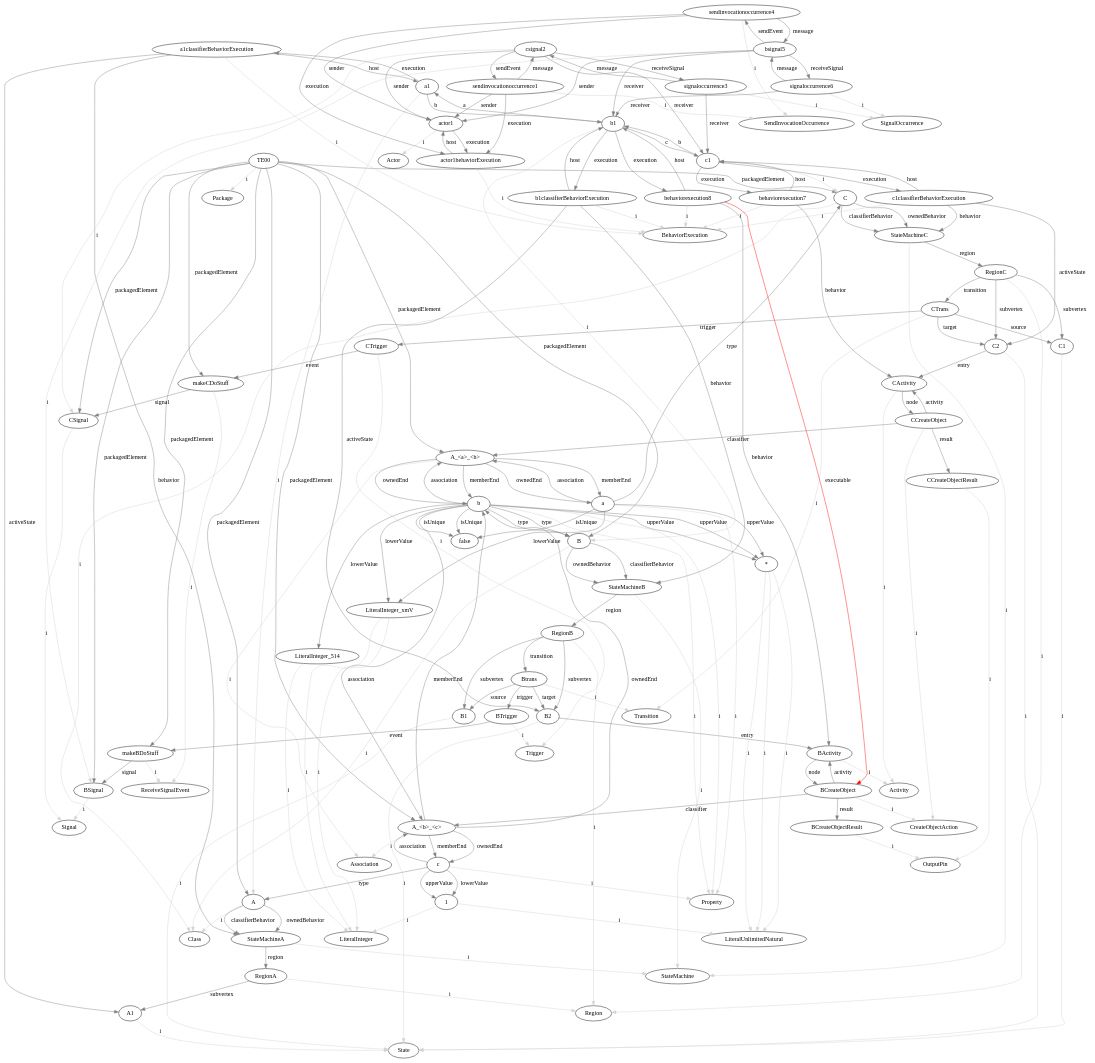
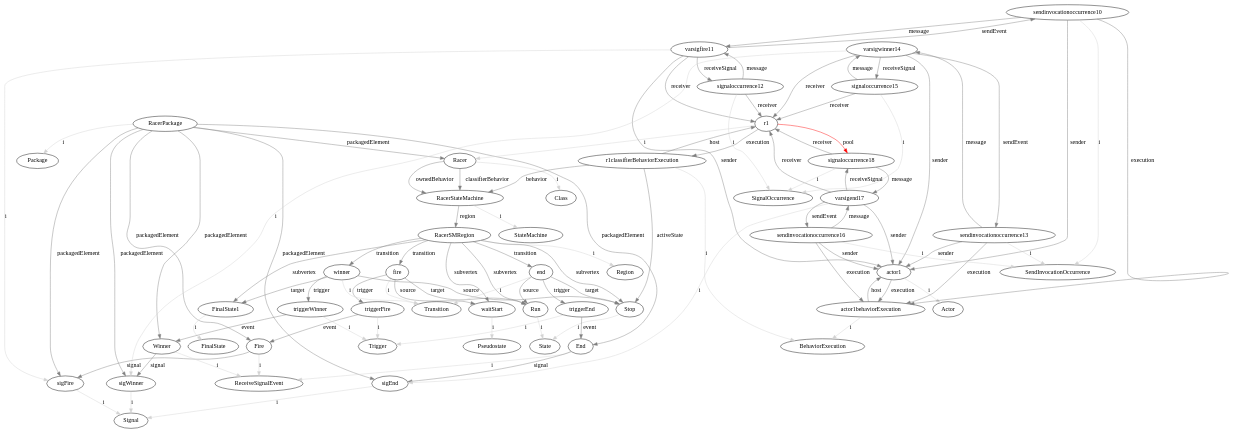
The diagram in GraphOutputs/state6.dot (luisneiva/graf-framework), drawn with Graphviz before and after one commit. The commit also changed 13 other files, not shown here.

```diff
--- a/GraphOutputs/state6.dot
+++ b/GraphOutputs/state6.dot
@@ -1,176 +1,101 @@
 digraph umlMetamodel {
-	"TE00" -> "Package" [label="i", color="lightgrey"]
-	"TE00" -> "C" [label="packagedElement", color="grey"]
-	"C" -> "Class" [label="i", color="lightgrey"]
-	"C" -> "StateMachineC" [label="classifierBehavior", color="grey"]
-	"C" -> "StateMachineC" [label="ownedBehavior", color="grey"]
-	"StateMachineC" -> "StateMachine" [label="i", color="lightgrey"]
-	"StateMachineC" -> "RegionC" [label="region", color="grey"]
-	"RegionC" -> "Region" [label="i", color="lightgrey"]
-	"RegionC" -> "C1" [label="subvertex", color="grey"]
-	"C1" -> "State" [label="i", color="lightgrey"]
-	"RegionC" -> "C2" [label="subvertex", color="grey"]
-	"C2" -> "State" [label="i", color="lightgrey"]
-	"C2" -> "CActivity" [label="entry", color="grey"]
-	"CActivity" -> "Activity" [label="i", color="lightgrey"]
-	"CActivity" -> "CCreateObject" [label="node", color="grey"]
-	"CCreateObject" -> "CActivity" [label="activity", color="grey"]
-	"CCreateObject" -> "CreateObjectAction" [label="i", color="lightgrey"]
-	"CCreateObject" -> "A_<a>_<b>" [label="classifier", color="grey"]
-	"CCreateObject" -> "CCreateObjectResult" [label="result", color="grey"]
-	"CCreateObjectResult" -> "OutputPin" [label="i", color="lightgrey"]
-	"RegionC" -> "CTrans" [label="transition", color="grey"]
-	"CTrans" -> "Transition" [label="i", color="lightgrey"]
-	"CTrans" -> "C1" [label="source", color="grey"]
-	"CTrans" -> "C2" [label="target", color="grey"]
-	"CTrans" -> "CTrigger" [label="trigger", color="grey"]
-	"CTrigger" -> "Trigger" [label="i", color="lightgrey"]
-	"CTrigger" -> "makeCDoStuff" [label="event", color="grey"]
-	"TE00" -> "B" [label="packagedElement", color="grey"]
-	"B" -> "Class" [label="i", color="lightgrey"]
-	"B" -> "StateMachineB" [label="classifierBehavior", color="grey"]
-	"B" -> "StateMachineB" [label="ownedBehavior", color="grey"]
-	"StateMachineB" -> "StateMachine" [label="i", color="lightgrey"]
-	"StateMachineB" -> "RegionB" [label="region", color="grey"]
-	"RegionB" -> "Region" [label="i", color="lightgrey"]
-	"RegionB" -> "B1" [label="subvertex", color="grey"]
-	"B1" -> "State" [label="i", color="lightgrey"]
-	"RegionB" -> "B2" [label="subvertex", color="grey"]
-	"B2" -> "State" [label="i", color="lightgrey"]
-	"B2" -> "BActivity" [label="entry", color="grey"]
-	"BActivity" -> "Activity" [label="i", color="lightgrey"]
-	"BActivity" -> "BCreateObject" [label="node", color="grey"]
-	"BCreateObject" -> "BActivity" [label="activity", color="grey"]
-	"BCreateObject" -> "CreateObjectAction" [label="i", color="lightgrey"]
-	"BCreateObject" -> "A_<b>_<c>" [label="classifier", color="grey"]
-	"BCreateObject" -> "BCreateObjectResult" [label="result", color="grey"]
-	"BCreateObjectResult" -> "OutputPin" [label="i", color="lightgrey"]
-	"RegionB" -> "Btrans" [label="transition", color="grey"]
-	"Btrans" -> "Transition" [label="i", color="lightgrey"]
-	"Btrans" -> "B1" [label="source", color="grey"]
-	"Btrans" -> "B2" [label="target", color="grey"]
-	"Btrans" -> "BTrigger" [label="trigger", color="grey"]
-	"BTrigger" -> "Trigger" [label="i", color="lightgrey"]
-	"BTrigger" -> "makeBDoStuff" [label="event", color="grey"]
-	"TE00" -> "A" [label="packagedElement", color="grey"]
-	"A" -> "Class" [label="i", color="lightgrey"]
-	"A" -> "StateMachineA" [label="classifierBehavior", color="grey"]
-	"A" -> "StateMachineA" [label="ownedBehavior", color="grey"]
-	"StateMachineA" -> "StateMachine" [label="i", color="lightgrey"]
-	"StateMachineA" -> "RegionA" [label="region", color="grey"]
-	"RegionA" -> "Region" [label="i", color="lightgrey"]
-	"RegionA" -> "A1" [label="subvertex", color="grey"]
-	"A1" -> "State" [label="i", color="lightgrey"]
-	"TE00" -> "A_<a>_<b>" [label="packagedElement", color="grey"]
-	"A_<a>_<b>" -> "Association" [label="i", color="lightgrey"]
-	"A_<a>_<b>" -> "a" [label="memberEnd", color="grey"]
-	"A_<a>_<b>" -> "b" [label="memberEnd", color="grey"]
-	"A_<a>_<b>" -> "a" [label="ownedEnd", color="grey"]
-	"a" -> "Property" [label="i", color="lightgrey"]
-	"a" -> "C" [label="type", color="grey"]
-	"a" -> "false" [label="isUnique", color="grey"]
-	"a" -> "A_<a>_<b>" [label="association", color="grey"]
-	"a" -> "*" [label="upperValue", color="grey"]
-	"*" -> "LiteralUnlimitedNatural" [label="i", color="lightgrey"]
-	"a" -> "LiteralInteger_xmV" [label="lowerValue", color="grey"]
-	"LiteralInteger_xmV" -> "LiteralInteger" [label="i", color="lightgrey"]
-	"A_<a>_<b>" -> "b" [label="ownedEnd", color="grey"]
-	"b" -> "Property" [label="i", color="lightgrey"]
-	"b" -> "B" [label="type", color="grey"]
-	"b" -> "false" [label="isUnique", color="grey"]
-	"b" -> "A_<a>_<b>" [label="association", color="grey"]
-	"b" -> "*" [label="upperValue", color="grey"]
-	"*" -> "LiteralUnlimitedNatural" [label="i", color="lightgrey"]
-	"b" -> "LiteralInteger_xmV" [label="lowerValue", color="grey"]
-	"LiteralInteger_xmV" -> "LiteralInteger" [label="i", color="lightgrey"]
-	"TE00" -> "A_<b>_<c>" [label="packagedElement", color="grey"]
-	"A_<b>_<c>" -> "Association" [label="i", color="lightgrey"]
-	"A_<b>_<c>" -> "b" [label="memberEnd", color="grey"]
-	"A_<b>_<c>" -> "c" [label="memberEnd", color="grey"]
-	"A_<b>_<c>" -> "b" [label="ownedEnd", color="grey"]
-	"b" -> "Property" [label="i", color="lightgrey"]
-	"b" -> "B" [label="type", color="grey"]
-	"b" -> "false" [label="isUnique", color="grey"]
-	"b" -> "A_<b>_<c>" [label="association", color="grey"]
-	"b" -> "*" [label="upperValue", color="grey"]
-	"*" -> "LiteralUnlimitedNatural" [label="i", color="lightgrey"]
-	"b" -> "LiteralInteger_514" [label="lowerValue", color="grey"]
-	"LiteralInteger_514" -> "LiteralInteger" [label="i", color="lightgrey"]
-	"A_<b>_<c>" -> "c" [label="ownedEnd", color="grey"]
-	"c" -> "Property" [label="i", color="lightgrey"]
-	"c" -> "A" [label="type", color="grey"]
-	"c" -> "A_<b>_<c>" [label="association", color="grey"]
-	"c" -> "1" [label="upperValue", color="grey"]
-	"1" -> "LiteralUnlimitedNatural" [label="i", color="lightgrey"]
-	"c" -> "1" [label="lowerValue", color="grey"]
-	"1" -> "LiteralInteger" [label="i", color="lightgrey"]
-	"TE00" -> "BSignal" [label="packagedElement", color="grey"]
-	"BSignal" -> "Signal" [label="i", color="lightgrey"]
-	"TE00" -> "makeBDoStuff" [label="packagedElement", color="grey"]
-	"makeBDoStuff" -> "ReceiveSignalEvent" [label="i", color="lightgrey"]
-	"makeBDoStuff" -> "BSignal" [label="signal", color="grey"]
-	"TE00" -> "CSignal" [label="packagedElement", color="grey"]
-	"CSignal" -> "Signal" [label="i", color="lightgrey"]
-	"TE00" -> "makeCDoStuff" [label="packagedElement", color="grey"]
-	"makeCDoStuff" -> "ReceiveSignalEvent" [label="i", color="lightgrey"]
-	"makeCDoStuff" -> "CSignal" [label="signal", color="grey"]
-	"a1" -> "A" [label="i", color="lightgrey"]
-	"a1classifierBehaviorExecution" -> "BehaviorExecution" [label="i", color="lightgrey"]
-	"a1" -> "a1classifierBehaviorExecution" [label="execution", color="grey"]
-	"a1classifierBehaviorExecution" -> "a1" [label="host", color="grey"]
-	"a1classifierBehaviorExecution" -> "StateMachineA" [label="behavior", color="grey"]
-	"a1classifierBehaviorExecution" -> "A1" [label="activeState", color="grey"]
-	"b1" -> "B" [label="i", color="lightgrey"]
-	"b1" -> "b1classifierBehaviorExecution" [label="execution", color="grey"]
-	"b1classifierBehaviorExecution" -> "b1" [label="host", color="grey"]
-	"b1classifierBehaviorExecution" -> "StateMachineB" [label="behavior", color="grey"]
-	"c1" -> "C" [label="i", color="lightgrey"]
-	"c1" -> "c1classifierBehaviorExecution" [label="execution", color="grey"]
-	"c1classifierBehaviorExecution" -> "c1" [label="host", color="grey"]
-	"c1classifierBehaviorExecution" -> "StateMachineC" [label="behavior", color="grey"]
-	"a1" -> "b1" [label="b", color="grey"]
-	"b1" -> "a1" [label="a", color="grey"]
-	"b1" -> "c1" [label="c", color="grey"]
-	"c1" -> "b1" [label="b", color="grey"]
+	"RacerPackage" -> "Package" [label="i", color="lightgrey"]
+	"RacerPackage" -> "Racer" [label="packagedElement", color="grey"]
+	"Racer" -> "Class" [label="i", color="lightgrey"]
+	"Racer" -> "RacerStateMachine" [label="classifierBehavior", color="grey"]
+	"Racer" -> "RacerStateMachine" [label="ownedBehavior", color="grey"]
+	"RacerStateMachine" -> "StateMachine" [label="i", color="lightgrey"]
+	"RacerStateMachine" -> "RacerSMRegion" [label="region", color="grey"]
+	"RacerSMRegion" -> "Region" [label="i", color="lightgrey"]
+	"RacerSMRegion" -> "waitStart" [label="subvertex", color="grey"]
+	"waitStart" -> "Pseudostate" [label="i", color="lightgrey"]
+	"RacerSMRegion" -> "Run" [label="subvertex", color="grey"]
+	"Run" -> "State" [label="i", color="lightgrey"]
+	"RacerSMRegion" -> "Stop" [label="subvertex", color="grey"]
+	"Stop" -> "State" [label="i", color="lightgrey"]
+	"RacerSMRegion" -> "FinalState1" [label="subvertex", color="grey"]
+	"FinalState1" -> "FinalState" [label="i", color="lightgrey"]
+	"RacerSMRegion" -> "fire" [label="transition", color="grey"]
+	"fire" -> "Transition" [label="i", color="lightgrey"]
+	"fire" -> "waitStart" [label="source", color="grey"]
+	"fire" -> "Run" [label="target", color="grey"]
+	"fire" -> "triggerFire" [label="trigger", color="grey"]
+	"triggerFire" -> "Trigger" [label="i", color="lightgrey"]
+	"triggerFire" -> "Fire" [label="event", color="grey"]
+	"RacerSMRegion" -> "end" [label="transition", color="grey"]
+	"end" -> "Transition" [label="i", color="lightgrey"]
+	"end" -> "Run" [label="source", color="grey"]
+	"end" -> "Stop" [label="target", color="grey"]
+	"triggerEnd" -> "Trigger" [label="i", color="lightgrey"]
+	"RacerSMRegion" -> "winner" [label="transition", color="grey"]
+	"winner" -> "Transition" [label="i", color="lightgrey"]
+	"winner" -> "Stop" [label="source", color="grey"]
+	"winner" -> "FinalState1" [label="target", color="grey"]
+	"winner" -> "triggerWinner" [label="trigger", color="grey"]
+	"triggerWinner" -> "Trigger" [label="i", color="lightgrey"]
+	"triggerWinner" -> "Winner" [label="event", color="grey"]
+	"RacerPackage" -> "sigFire" [label="packagedElement", color="grey"]
+	"sigFire" -> "Signal" [label="i", color="lightgrey"]
+	"RacerPackage" -> "Fire" [label="packagedElement", color="grey"]
+	"Fire" -> "ReceiveSignalEvent" [label="i", color="lightgrey"]
+	"Fire" -> "sigFire" [label="signal", color="grey"]
+	"RacerPackage" -> "sigEnd" [label="packagedElement", color="grey"]
+	"sigEnd" -> "Signal" [label="i", color="lightgrey"]
+	"RacerPackage" -> "End" [label="packagedElement", color="grey"]
+	"End" -> "ReceiveSignalEvent" [label="i", color="lightgrey"]
+	"End" -> "sigEnd" [label="signal", color="grey"]
+	"RacerPackage" -> "sigWinner" [label="packagedElement", color="grey"]
+	"sigWinner" -> "Signal" [label="i", color="lightgrey"]
+	"RacerPackage" -> "Winner" [label="packagedElement", color="grey"]
+	"Winner" -> "ReceiveSignalEvent" [label="i", color="lightgrey"]
+	"Winner" -> "sigWinner" [label="signal", color="grey"]
+	"r1" -> "Racer" [label="i", color="lightgrey"]
+	"r1classifierBehaviorExecution" -> "BehaviorExecution" [label="i", color="lightgrey"]
+	"r1" -> "r1classifierBehaviorExecution" [label="execution", color="grey"]
+	"r1classifierBehaviorExecution" -> "r1" [label="host", color="grey"]
+	"r1classifierBehaviorExecution" -> "RacerStateMachine" [label="behavior", color="grey"]
 	"actor1" -> "Actor" [label="i", color="lightgrey"]
 	"actor1behaviorExecution" -> "BehaviorExecution" [label="i", color="lightgrey"]
 	"actor1" -> "actor1behaviorExecution" [label="execution", color="grey"]
 	"actor1behaviorExecution" -> "actor1" [label="host", color="grey"]
-	"sendinvocationoccurrence1" -> "SendInvocationOccurrence" [label="i", color="lightgrey"]
-	"sendinvocationoccurrence1" -> "csignal2" [label="message", color="grey"]
-	"csignal2" -> "sendinvocationoccurrence1" [label="sendEvent", color="grey"]
-	"csignal2" -> "signaloccurrence3" [label="receiveSignal", color="grey"]
-	"signaloccurrence3" -> "csignal2" [label="message", color="grey"]
-	"signaloccurrence3" -> "SignalOccurrence" [label="i", color="lightgrey"]
-	"csignal2" -> "CSignal" [label="i", color="lightgrey"]
-	"signaloccurrence3" -> "c1" [label="receiver", color="grey"]
-	"csignal2" -> "actor1" [label="sender", color="grey"]
-	"sendinvocationoccurrence1" -> "actor1" [label="sender", color="grey"]
-	"csignal2" -> "c1" [label="receiver", color="grey"]
-	"sendinvocationoccurrence1" -> "actor1behaviorExecution" [label="execution", color="grey"]
-	"sendinvocationoccurrence4" -> "SendInvocationOccurrence" [label="i", color="lightgrey"]
-	"sendinvocationoccurrence4" -> "bsignal5" [label="message", color="grey"]
-	"bsignal5" -> "sendinvocationoccurrence4" [label="sendEvent", color="grey"]
-	"bsignal5" -> "signaloccurrence6" [label="receiveSignal", color="grey"]
-	"signaloccurrence6" -> "bsignal5" [label="message", color="grey"]
-	"signaloccurrence6" -> "SignalOccurrence" [label="i", color="lightgrey"]
-	"bsignal5" -> "BSignal" [label="i", color="lightgrey"]
-	"signaloccurrence6" -> "b1" [label="receiver", color="grey"]
-	"bsignal5" -> "actor1" [label="sender", color="grey"]
-	"sendinvocationoccurrence4" -> "actor1" [label="sender", color="grey"]
-	"bsignal5" -> "b1" [label="receiver", color="grey"]
-	"sendinvocationoccurrence4" -> "actor1behaviorExecution" [label="execution", color="grey"]
-	"c1classifierBehaviorExecution" -> "C2" [label="activeState", color="grey"]
-	"behaviorexecution7" -> "CActivity" [label="behavior", color="grey"]
-	"behaviorexecution7" -> "BehaviorExecution" [label="i", color="lightgrey"]
-	"behaviorexecution7" -> "c1" [label="host", color="grey"]
-	"c1" -> "behaviorexecution7" [label="execution", color="grey"]
-	"c1classifierBehaviorExecution" -> "BehaviorExecution" [label="i", color="lightgrey"]
-	"b1classifierBehaviorExecution" -> "B2" [label="activeState", color="grey"]
-	"behaviorexecution8" -> "BActivity" [label="behavior", color="grey"]
-	"behaviorexecution8" -> "BehaviorExecution" [label="i", color="lightgrey"]
-	"behaviorexecution8" -> "b1" [label="host", color="grey"]
-	"b1" -> "behaviorexecution8" [label="execution", color="grey"]
-	"b1classifierBehaviorExecution" -> "BehaviorExecution" [label="i", color="lightgrey"]
-	"behaviorexecution8" -> "BCreateObject" [label="executable", color="red"]
+	"sendinvocationoccurrence10" -> "SendInvocationOccurrence" [label="i", color="lightgrey"]
+	"sendinvocationoccurrence10" -> "varsigfire11" [label="message", color="grey"]
+	"varsigfire11" -> "sendinvocationoccurrence10" [label="sendEvent", color="grey"]
+	"varsigfire11" -> "signaloccurrence12" [label="receiveSignal", color="grey"]
+	"signaloccurrence12" -> "varsigfire11" [label="message", color="grey"]
+	"signaloccurrence12" -> "SignalOccurrence" [label="i", color="lightgrey"]
+	"varsigfire11" -> "sigFire" [label="i", color="lightgrey"]
+	"signaloccurrence12" -> "r1" [label="receiver", color="grey"]
+	"varsigfire11" -> "actor1" [label="sender", color="grey"]
+	"sendinvocationoccurrence10" -> "actor1" [label="sender", color="grey"]
+	"varsigfire11" -> "r1" [label="receiver", color="grey"]
+	"sendinvocationoccurrence10" -> "actor1behaviorExecution" [label="execution", color="grey"]
+	"sendinvocationoccurrence13" -> "SendInvocationOccurrence" [label="i", color="lightgrey"]
+	"sendinvocationoccurrence13" -> "varsigwinner14" [label="message", color="grey"]
+	"varsigwinner14" -> "sendinvocationoccurrence13" [label="sendEvent", color="grey"]
+	"varsigwinner14" -> "signaloccurrence15" [label="receiveSignal", color="grey"]
+	"signaloccurrence15" -> "varsigwinner14" [label="message", color="grey"]
+	"signaloccurrence15" -> "SignalOccurrence" [label="i", color="lightgrey"]
+	"varsigwinner14" -> "sigWinner" [label="i", color="lightgrey"]
+	"signaloccurrence15" -> "r1" [label="receiver", color="grey"]
+	"varsigwinner14" -> "actor1" [label="sender", color="grey"]
+	"sendinvocationoccurrence13" -> "actor1" [label="sender", color="grey"]
+	"varsigwinner14" -> "r1" [label="receiver", color="grey"]
+	"sendinvocationoccurrence13" -> "actor1behaviorExecution" [label="execution", color="grey"]
+	"sendinvocationoccurrence16" -> "SendInvocationOccurrence" [label="i", color="lightgrey"]
+	"sendinvocationoccurrence16" -> "varsigend17" [label="message", color="grey"]
+	"varsigend17" -> "sendinvocationoccurrence16" [label="sendEvent", color="grey"]
+	"varsigend17" -> "signaloccurrence18" [label="receiveSignal", color="grey"]
+	"signaloccurrence18" -> "varsigend17" [label="message", color="grey"]
+	"signaloccurrence18" -> "SignalOccurrence" [label="i", color="lightgrey"]
+	"varsigend17" -> "sigEnd" [label="i", color="lightgrey"]
+	"signaloccurrence18" -> "r1" [label="receiver", color="grey"]
+	"varsigend17" -> "actor1" [label="sender", color="grey"]
+	"sendinvocationoccurrence16" -> "actor1" [label="sender", color="grey"]
+	"varsigend17" -> "r1" [label="receiver", color="grey"]
+	"sendinvocationoccurrence16" -> "actor1behaviorExecution" [label="execution", color="grey"]
+	"triggerEnd" -> "End" [label="event", color="grey"]
+	"end" -> "triggerEnd" [label="trigger", color="grey"]
+	"r1classifierBehaviorExecution" -> "Stop" [label="activeState", color="grey"]
+	"r1" -> "signaloccurrence18" [label="pool", color="red"]
 }
```
